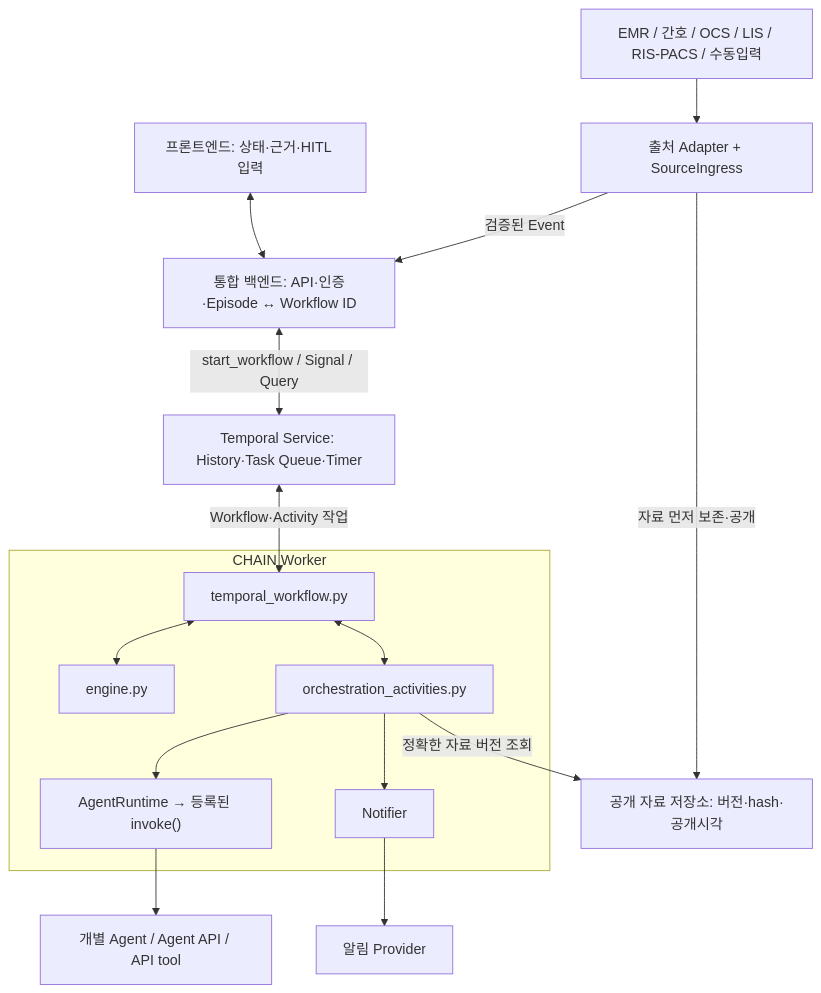
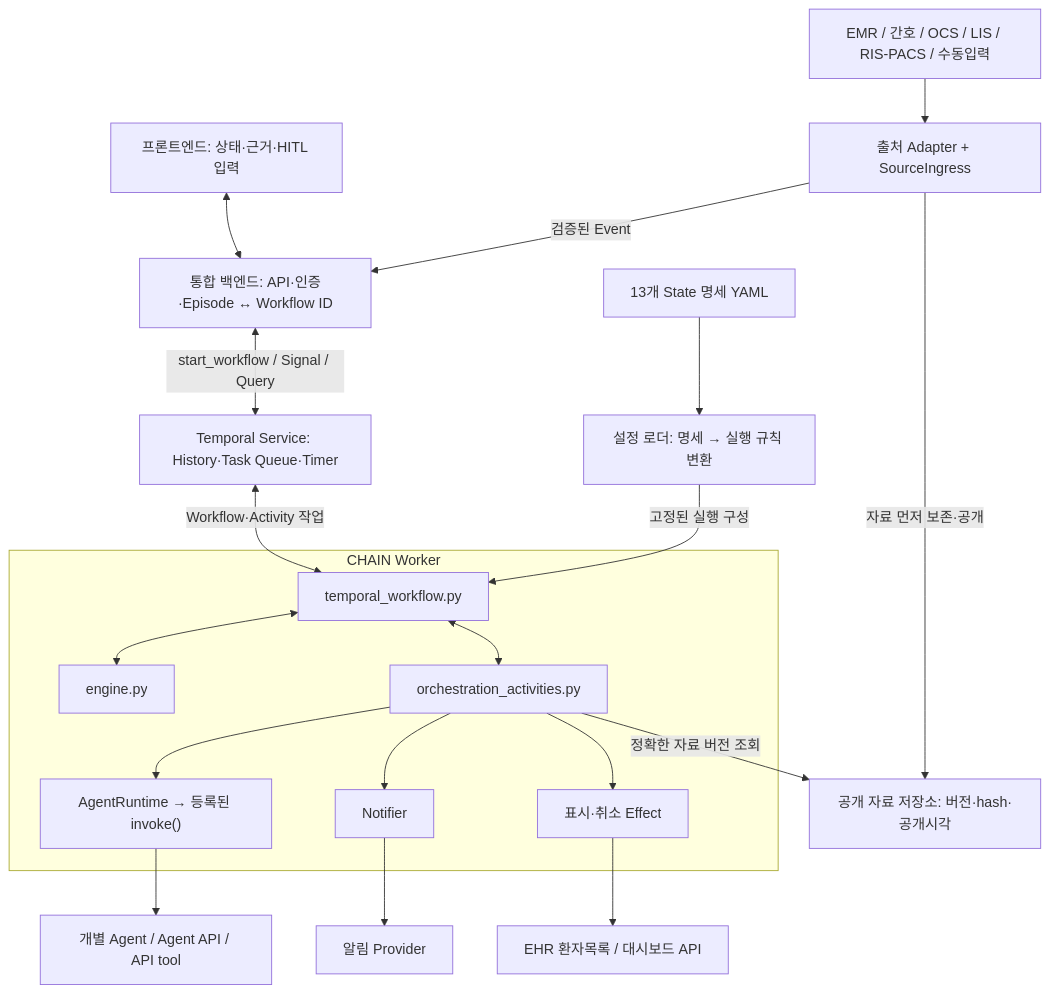
One commit to donggunseo/chain-orchestrator-v03 changed the diagram in README.md. Above: the diagram before and after it, drawn with Mermaid. The commit also changed other lines of this file and 18 other files, not shown here.

````diff
--- a/README.md
+++ b/README.md
@@ -41,33 +44,41 @@
 ```mermaid
 flowchart TB
     UI["프론트엔드: 상태·근거·HITL 입력"]
     BE["통합 백엔드: API·인증·Episode ↔ Workflow ID"]
     TS["Temporal Service: History·Task Queue·Timer"]
     HOSP["EMR / 간호 / OCS / LIS / RIS-PACS / 수동입력"]
     ING["출처 Adapter + SourceIngress"]
     STORE["공개 자료 저장소: 버전·hash·공개시각"]
     AGENT["개별 Agent / Agent API / API tool"]
     PROVIDER["알림 Provider"]
+    EHRUI["EHR 환자목록 / 대시보드 API"]
+    SPEC["13개 State 명세 YAML"]
+    CONFIG["설정 로더: 명세 → 실행 규칙 변환"]
 
     subgraph WORKER["CHAIN Worker"]
         WF["temporal_workflow.py"]
         ENG["engine.py"]
         ACT["orchestration_activities.py"]
         RUNTIME["AgentRuntime → 등록된 invoke()"]
         NOT["Notifier"]
+        EFFECT["표시·취소 Effect"]
         WF <--> ENG
         WF <--> ACT
         ACT --> RUNTIME
         ACT --> NOT
+        ACT --> EFFECT
     end
 
     UI <--> BE
     BE <-->|"start_workflow / Signal / Query"| TS
     TS <-->|"Workflow·Activity 작업"| WF
     HOSP --> ING
     ING -->|"자료 먼저 보존·공개"| STORE
     ING -->|"검증된 Event"| BE
     ACT -->|"정확한 자료 버전 조회"| STORE
     RUNTIME --> AGENT
     NOT --> PROVIDER
+    EFFECT --> EHRUI
+    SPEC --> CONFIG
+    CONFIG -->|"고정된 실행 구성"| WF
 ```
````
